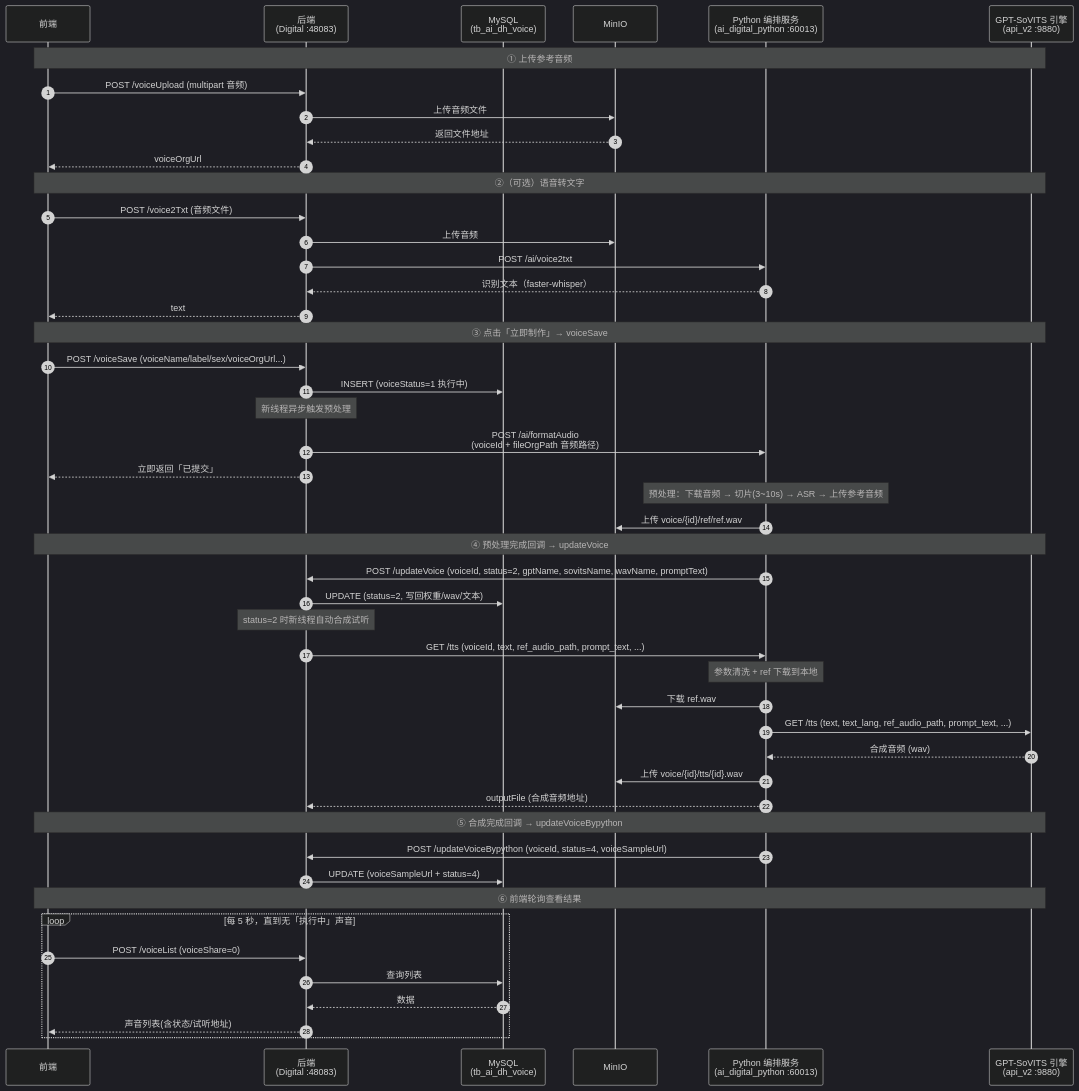
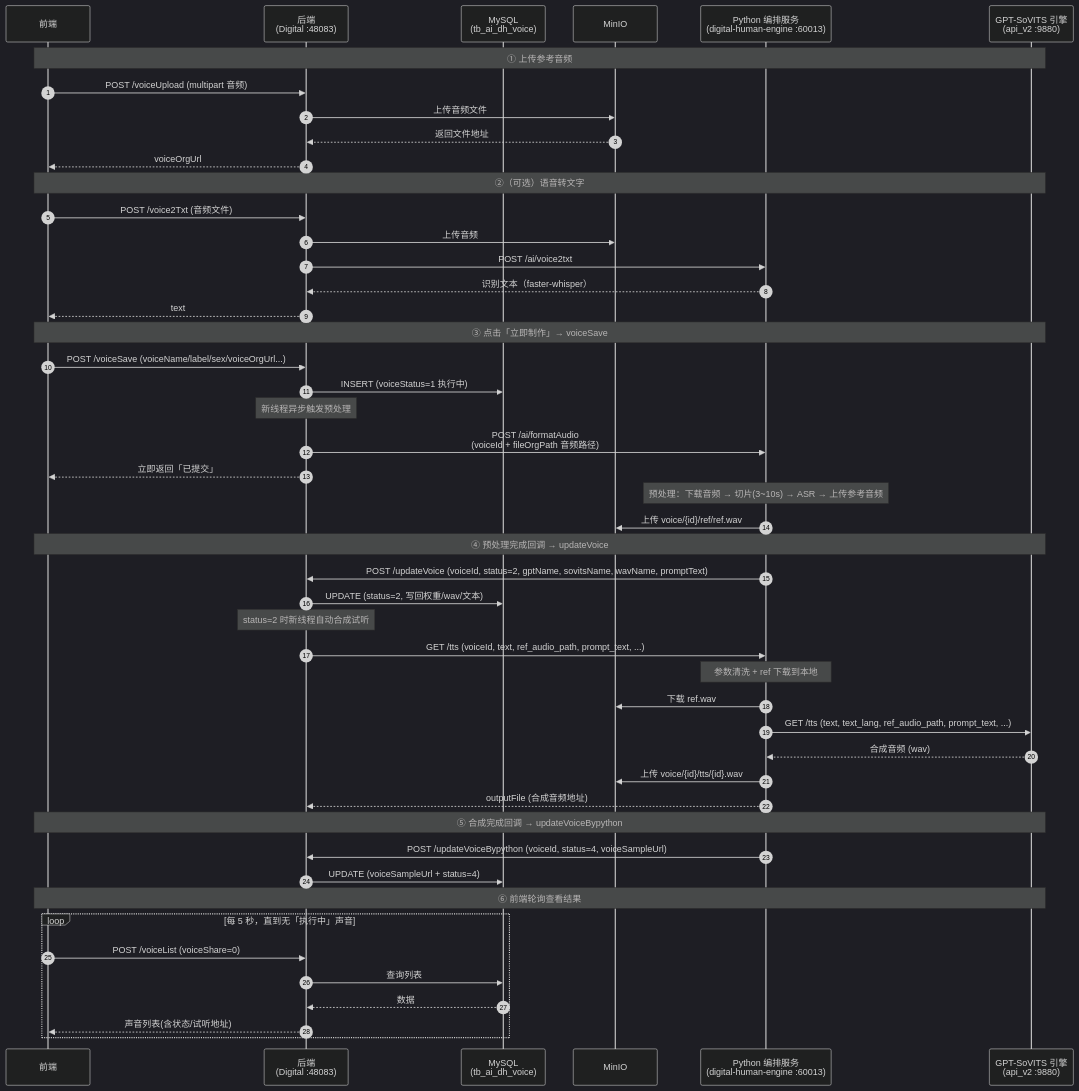
One commit to dongjb741280/digital-human-server changed the first of 2 diagrams in doc/声音复刻完整时序.md. Above: the diagram before and after it, drawn with Mermaid (dark theme). The commit also changed other lines of this file and 4 other files, not shown here.

Commit message:
docs: doc 目录 ai_digital_python 统一改名为 digital-human-engine

````diff
--- a/doc/声音复刻完整时序.md
+++ b/doc/声音复刻完整时序.md
@@ -28,57 +28,57 @@
 ```mermaid
 sequenceDiagram
     autonumber
     participant FE as 前端
     participant BE as 后端<br/>(Digital :48083)
     participant DB as MySQL<br/>(tb_ai_dh_voice)
     participant MIO as MinIO
-    participant ORCH as Python 编排服务<br/>(ai_digital_python :60013)
+    participant ORCH as Python 编排服务<br/>(digital-human-engine :60013)
     participant GSV as GPT-SoVITS 引擎<br/>(api_v2 :9880)
 
     Note over FE,GSV: ① 上传参考音频
     FE->>BE: POST /voiceUpload (multipart 音频)
     BE->>MIO: 上传音频文件
     MIO-->>BE: 返回文件地址
     BE-->>FE: voiceOrgUrl
 
     Note over FE,GSV: ②（可选）语音转文字
     FE->>BE: POST /voice2Txt (音频文件)
     BE->>MIO: 上传音频
     BE->>ORCH: POST /ai/voice2txt
     ORCH-->>BE: 识别文本（faster-whisper）
     BE-->>FE: text
 
     Note over FE,GSV: ③ 点击「立即制作」→ voiceSave
     FE->>BE: POST /voiceSave (voiceName/label/sex/voiceOrgUrl...)
     BE->>DB: INSERT (voiceStatus=1 执行中)
     Note over BE: 新线程异步触发预处理
     BE->>ORCH: POST /ai/formatAudio<br/>(voiceId + fileOrgPath 音频路径)
     BE-->>FE: 立即返回「已提交」
 
     Note over ORCH: 预处理：下载音频 → 切片(3~10s) → ASR → 上传参考音频
     ORCH->>MIO: 上传 voice/{id}/ref/ref.wav
 
     Note over FE,GSV: ④ 预处理完成回调 → updateVoice
     ORCH->>BE: POST /updateVoice (voiceId, status=2, gptName, sovitsName, wavName, promptText)
     BE->>DB: UPDATE (status=2, 写回权重/wav/文本)
     Note over BE: status=2 时新线程自动合成试听
     BE->>ORCH: GET /tts (voiceId, text, ref_audio_path, prompt_text, ...)
     Note over ORCH: 参数清洗 + ref 下载到本地
     ORCH->>MIO: 下载 ref.wav
     ORCH->>GSV: GET /tts (text, text_lang, ref_audio_path, prompt_text, ...)
     GSV-->>ORCH: 合成音频 (wav)
     ORCH->>MIO: 上传 voice/{id}/tts/{id}.wav
     ORCH-->>BE: outputFile (合成音频地址)
 
     Note over FE,GSV: ⑤ 合成完成回调 → updateVoiceBypython
     ORCH->>BE: POST /updateVoiceBypython (voiceId, status=4, voiceSampleUrl)
     BE->>DB: UPDATE (voiceSampleUrl + status=4)
 
     Note over FE,GSV: ⑥ 前端轮询查看结果
     loop 每 5 秒，直到无「执行中」声音
         FE->>BE: POST /voiceList (voiceShare=0)
         BE->>DB: 查询列表
         DB-->>BE: 数据
         BE-->>FE: 声音列表(含状态/试听地址)
     end
 ```
````
